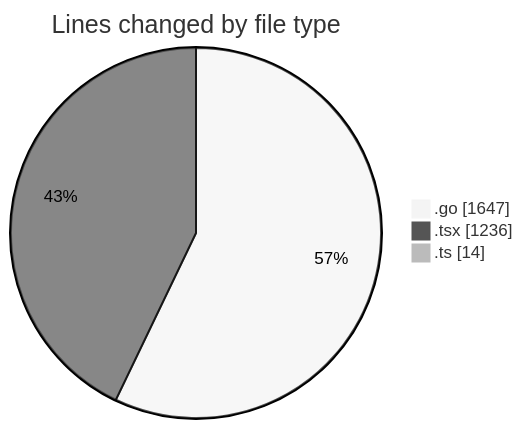
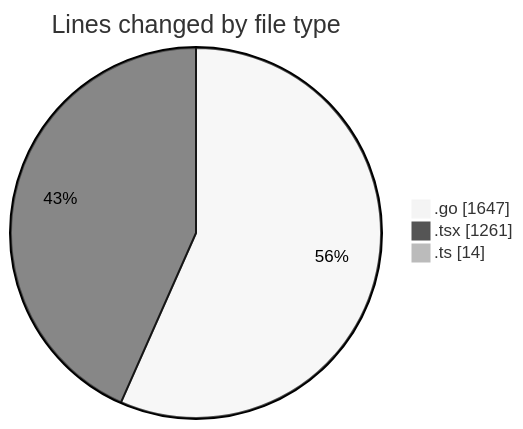
The first of 2 diagrams in 2025-03-05/termonied_testador/README.md (robertbonfada/code-tracking), drawn with Mermaid (neutral theme) before and after one commit. The commit also changed other lines of this file and 1 other file, not shown here.

````diff
--- a/2025-03-05/termonied_testador/README.md
+++ b/2025-03-05/termonied_testador/README.md
@@ -31,7 +31,7 @@
 ```mermaid
 pie showData
 title Lines changed by file type
 ".go" : 1647
-".tsx" : 1236
+".tsx" : 1261
 ".ts" : 14
 ```
````
